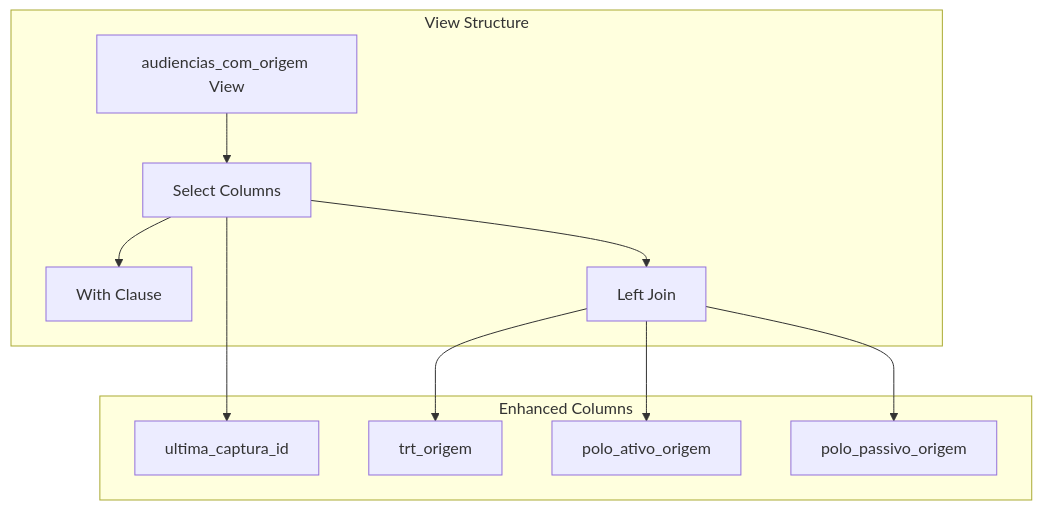
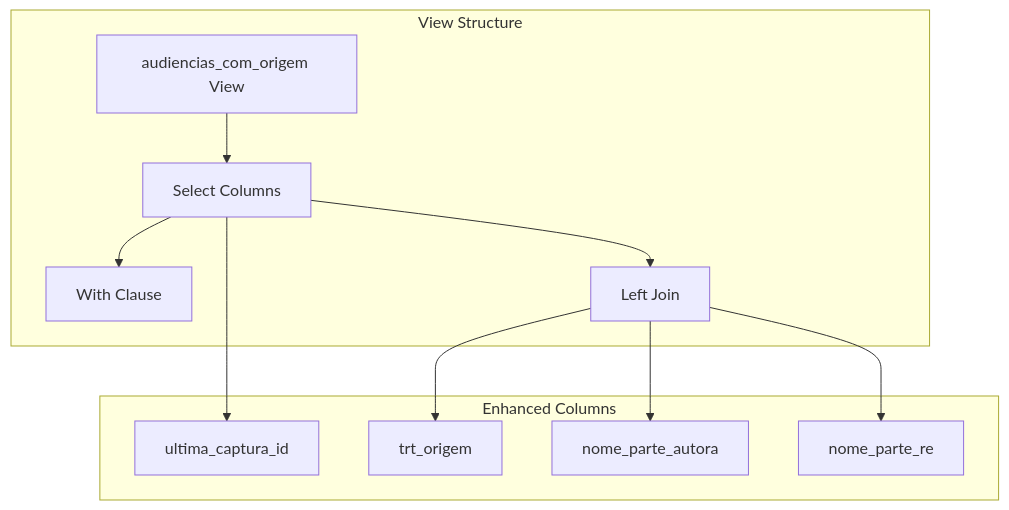
One commit to SinesysTech/zattar-os changed diagram 19 of 20 in .qoder/repowiki/en/content/Audiência Management.md. Above: the diagram before and after it, drawn with Mermaid. The commit also changed other lines of this file and 4 other files, not shown here.

````diff
--- a/.qoder/repowiki/en/content/Audiência Management.md
+++ b/.qoder/repowiki/en/content/Audiência Management.md
@@ -983,22 +989,22 @@
 ```mermaid
 flowchart TD
 subgraph "View Structure"
 AV[audiencias_com_origem View]
 AC[Select Columns]
 AD[With Clause]
 AE[Left Join]
 end
 subgraph "Enhanced Columns"
 UC[ultima_captura_id]
 TR[trt_origem]
-PA[polo_ativo_origem]
-PP[polo_passivo_origem]
+PA[nome_parte_autora]
+PP[nome_parte_re]
 end
 AV --> AC
 AC --> AD
 AC --> AE
 AC --> UC
 AE --> TR
 AE --> PA
 AE --> PP
 ```
````
